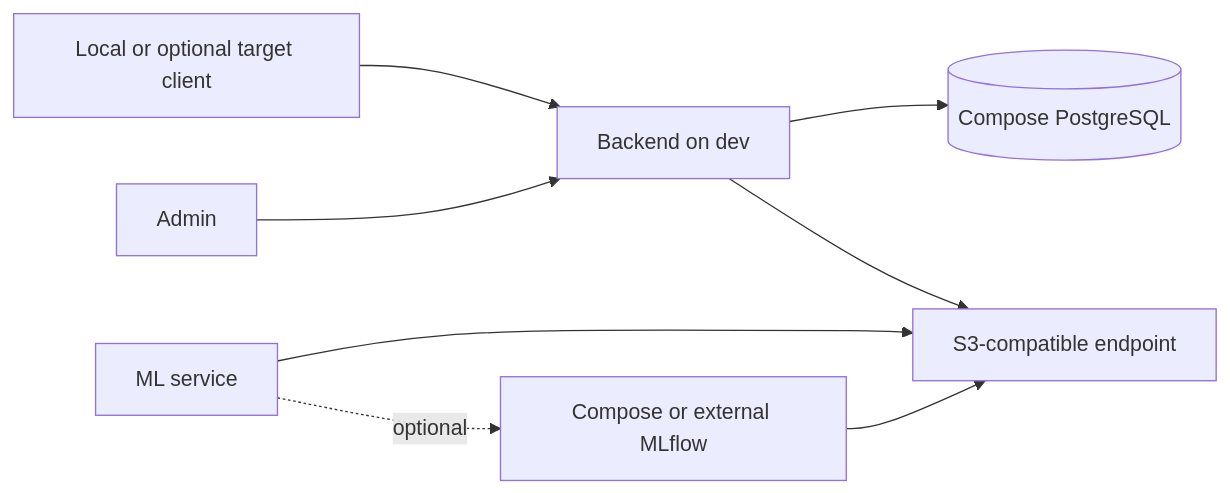
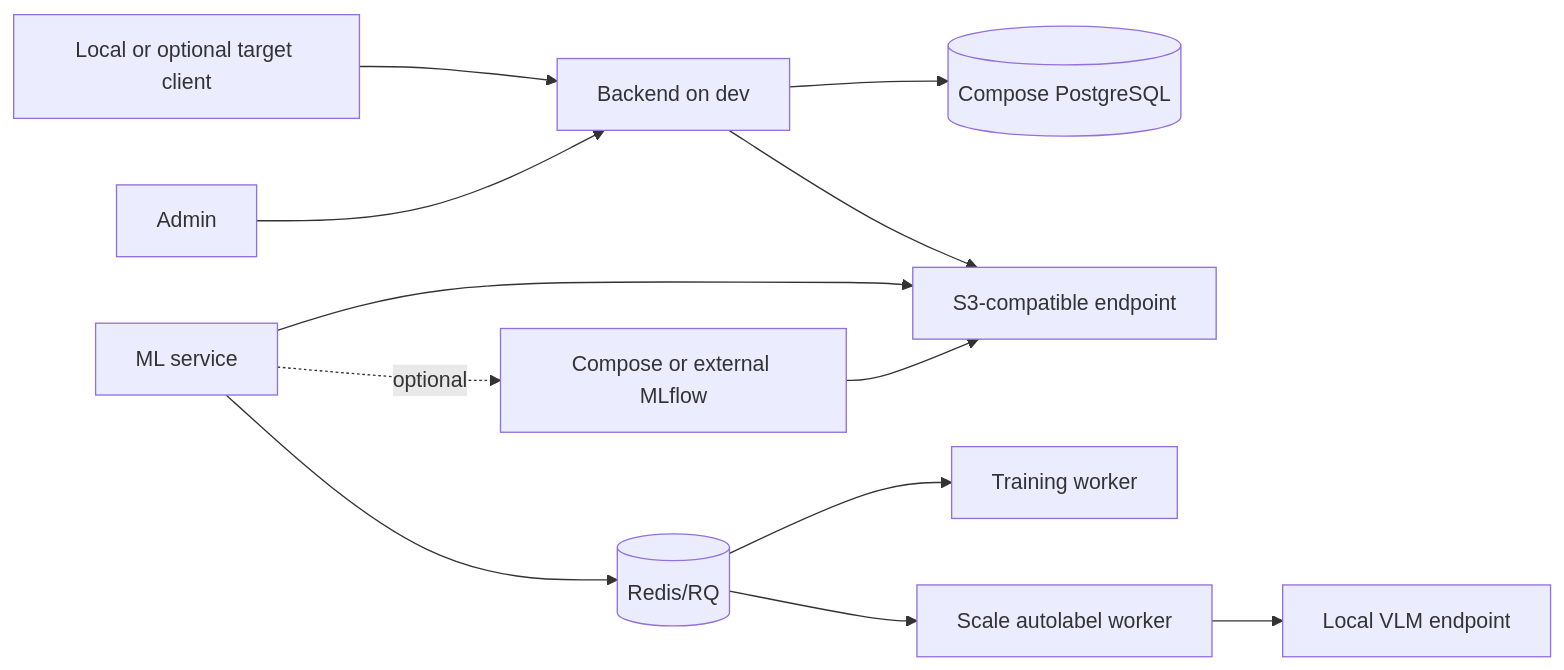
One commit to KamilGrundas/self-checkout changed the first of 2 diagrams in docs/architecture.md. Above: the diagram before and after it, drawn with Mermaid. The commit also changed other lines of this file and 2 other files, not shown here.

Commit message:
docs(workspace): document camera and autolabel architecture

````diff
--- a/docs/architecture.md
+++ b/docs/architecture.md
@@ -24,10 +24,14 @@
 ```mermaid
 flowchart LR
   C[Local or optional target client] --> B[Backend on dev]
   A[Admin] --> B
   B --> P[(Compose PostgreSQL)]
   B --> S[S3-compatible endpoint]
   M[ML service] --> S
+  M --> R[(Redis/RQ)]
+  R --> T[Training worker]
+  R --> V[Scale autolabel worker]
+  V --> L[Local VLM endpoint]
   M -. optional .-> F[Compose or external MLflow]
   F --> S
 ```
````
